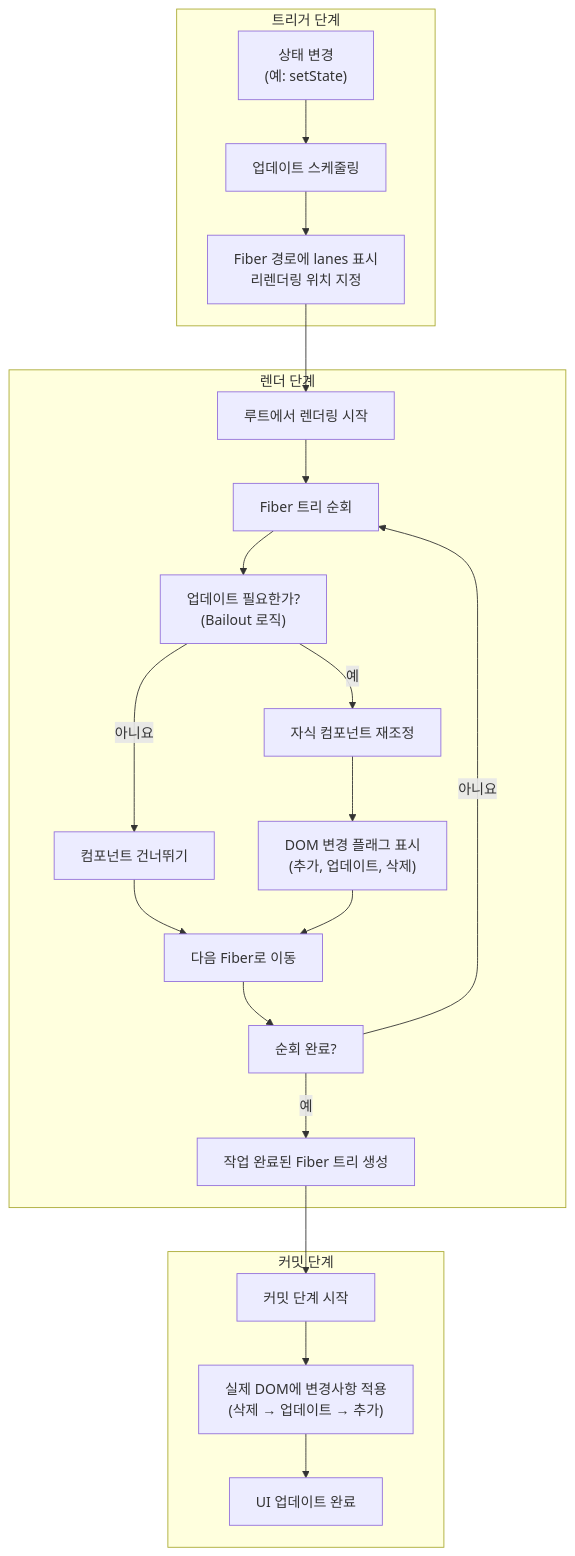
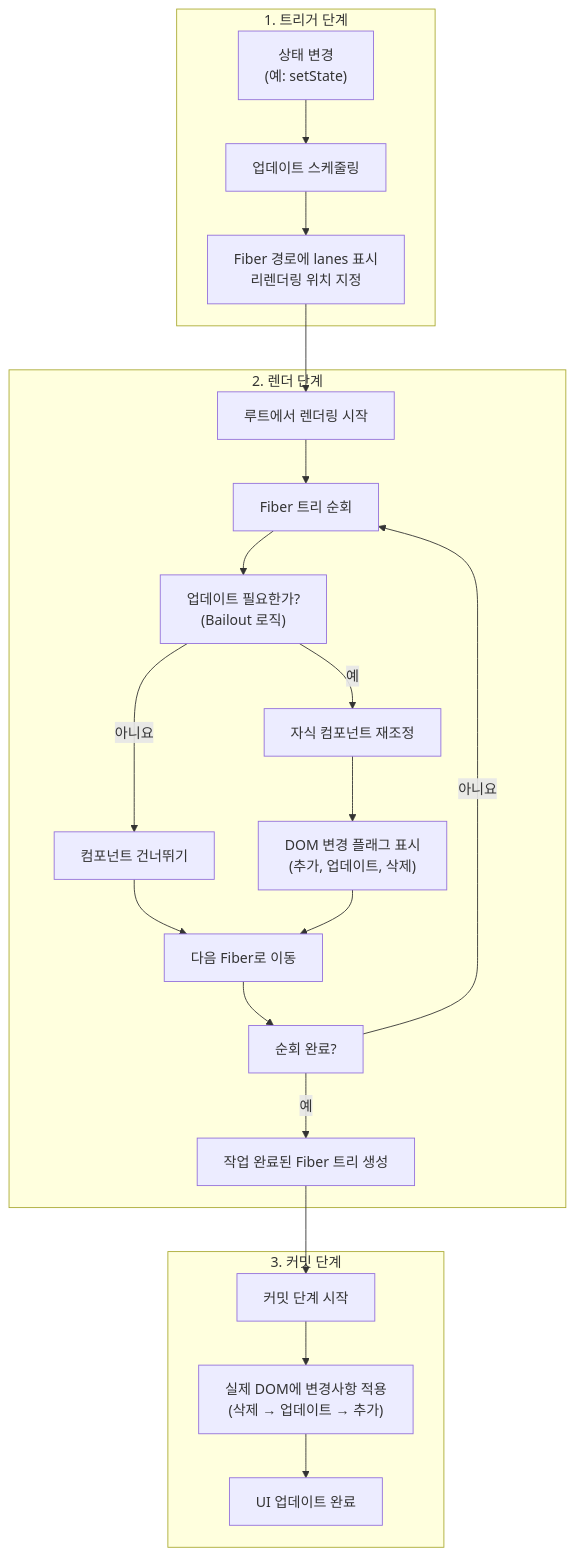
The first of 3 diagrams in cme2wuwc0000302jvcuqec5jq.md (devtedlee/ted-projects-blog), drawn with Mermaid before and after one commit.

Commit message:
update post: React19 Internals 2: 렌더링

````diff
--- a/cme2wuwc0000302jvcuqec5jq.md
+++ b/cme2wuwc0000302jvcuqec5jq.md
@@ -77,45 +77,45 @@
 ```mermaid
 flowchart TD
-    subgraph "트리거 단계"
+    subgraph "1. 트리거 단계"
         A["상태 변경<br />(예: setState)"]
         B["업데이트 스케줄링"]
         C["Fiber 경로에 lanes 표시<br />리렌더링 위치 지정"]
     end
 
-    subgraph "렌더 단계"
+    subgraph "2. 렌더 단계"
         D["루트에서 렌더링 시작"]
         E["Fiber 트리 순회"]
         F["업데이트 필요한가?<br />(Bailout 로직)"]
         G["컴포넌트 건너뛰기"]
         H["자식 컴포넌트 재조정"]
         I["DOM 변경 플래그 표시<br/>(추가, 업데이트, 삭제)"]
         J["다음 Fiber로 이동"]
         K["순회 완료?"]
         L["작업 완료된 Fiber 트리 생성"]
     end
 
-    subgraph "커밋 단계"
+    subgraph "3. 커밋 단계"
         M["커밋 단계 시작"]
         N["실제 DOM에 변경사항 적용<br/>(삭제 → 업데이트 → 추가)"]
         O["UI 업데이트 완료"]
     end
 
     A --> B
     B --> C
 
     C --> D
     D --> E
     E --> F
     F -- "아니요" --> G
     F -- "예" --> H
     H --> I
     G --> J
     I --> J
     J --> K
     K -- "아니요" --> E
     K -- "예" --> L
 
     L --> M
     M --> N
     N --> O
 ```
````
